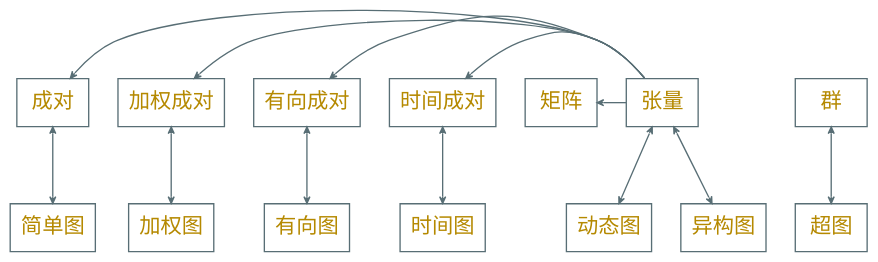
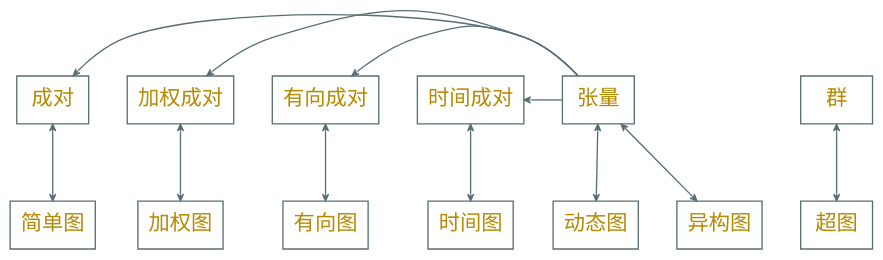
The second of 3 diagrams in 2021/01.md (Avanti1980/course-gnn), drawn with Graphviz before and after one commit. The commit also changed other lines of this file and 10 other files, not shown here.

````diff
--- a/2021/01.md
+++ b/2021/01.md
@@ -157,24 +157,24 @@
 ```dot
 digraph g {
-    graph [nodesep=0.3, ranksep=0.8]
+    graph [nodesep=0.4, ranksep=0.8]
     rankdir=TB
     node [shape=box color="#586e75" fontname="EBG,fzlz" fontcolor="#b58900" fontsize=16]
     edge [arrowhead=vee arrowsize=0.5 color="#586e75" fontname="EBG,fzlz" fontcolor="#268bd2" fontsize=12]
     bgcolor="transparent"
 
     concentrate=true
 
-    {rank = same; 成对; 加权成对; 有向成对; 时间成对; 矩阵; 张量; 群}
+    {rank = same; 成对; 加权成对; 有向成对; 时间成对; 张量; 群}
 
     成对 -> 简单图 -> 成对
     加权成对 -> 加权图 -> 加权成对
     有向成对 -> 有向图 -> 有向成对
     时间成对 -> 时间图 -> 时间成对
 
-    {成对,加权成对,有向成对,时间成对,矩阵} -> 张量 [arrowtail=vee,dir=back]
+    {成对,加权成对,有向成对,时间成对} -> 张量 [arrowtail=vee,dir=back]
 
     张量 -> {动态图,异构图} -> 张量
 
     群 -> 超图 -> 群
 }
 ```
````
